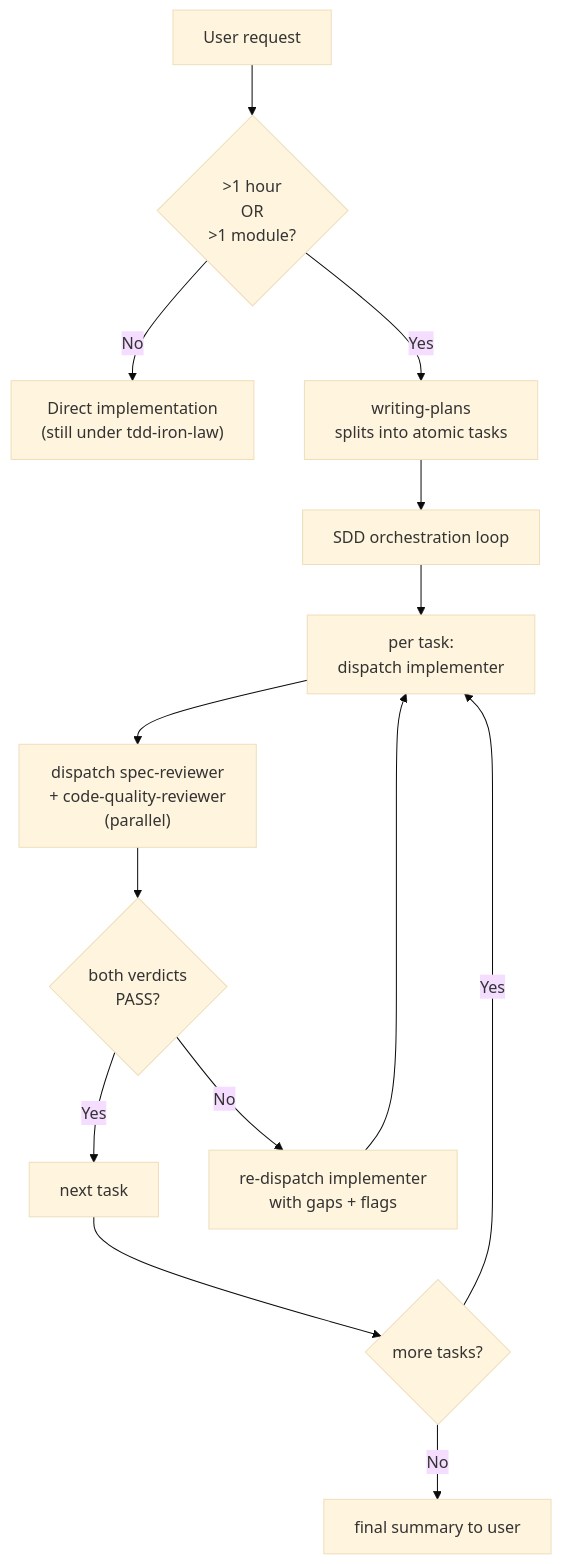
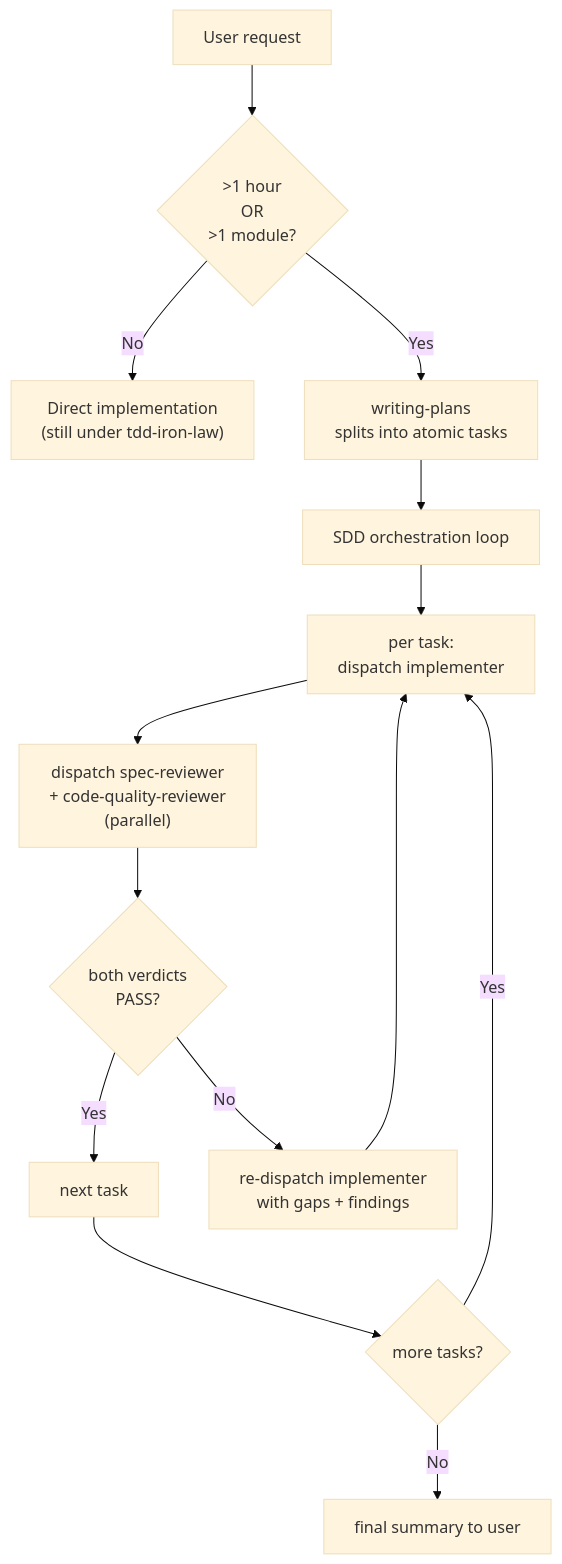
The diagram in loom-code/skills/subagent-driven-development/SKILL.md (kouko/monkey-skills), drawn with Mermaid (base theme) before and after one commit. The commit also changed other lines of this file and 27 other files, not shown here.

````diff
--- a/loom-code/skills/subagent-driven-development/SKILL.md
+++ b/loom-code/skills/subagent-driven-development/SKILL.md
@@ -71,16 +71,16 @@
 ```mermaid
 flowchart TD
     A[User request] --> B{">1 hour<br/>OR<br/>>1 module?"}
     B -- No --> C["Direct implementation<br/>(still under tdd-iron-law)"]
     B -- Yes --> D[writing-plans<br/>splits into atomic tasks]
     D --> E[SDD orchestration loop]
     E --> F["per task:<br/>dispatch implementer"]
     F --> G["dispatch spec-reviewer<br/>+ code-quality-reviewer<br/>(parallel)"]
     G --> H{"both verdicts<br/>PASS?"}
     H -- Yes --> I[next task]
-    H -- No --> J[re-dispatch implementer<br/>with gaps + flags]
+    H -- No --> J[re-dispatch implementer<br/>with gaps + findings]
     J --> F
     I --> K{more tasks?}
     K -- Yes --> F
     K -- No --> L[final summary to user]
 ```
````
